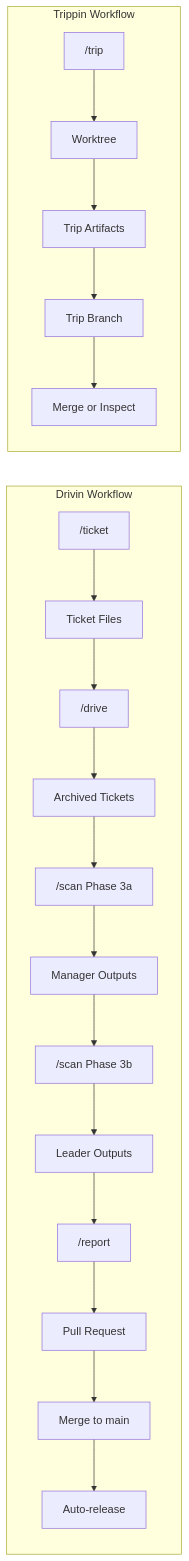
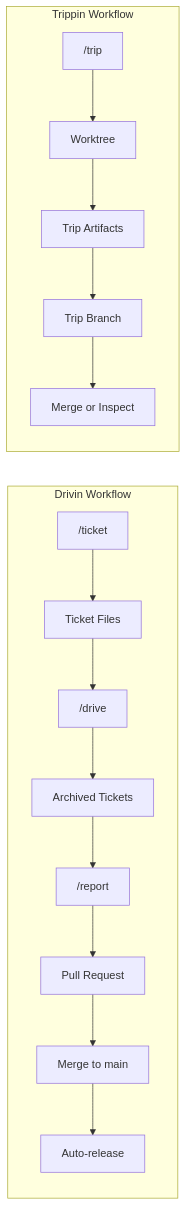
Before and after one commit to qmu/workaholic: the fourth of 4 diagrams in .workaholic/specs/usecase.md, drawn with Mermaid. The commit also changed other lines of this file and 12 other files, not shown here.

````diff
--- a/.workaholic/specs/usecase.md
+++ b/.workaholic/specs/usecase.md
@@ -382,23 +344,19 @@
 ```mermaid
 flowchart LR
     subgraph "Drivin Workflow"
         T["/ticket"] --> TD[Ticket Files]
         TD --> D["/drive"]
         D --> AT[Archived Tickets]
-        AT --> SP3a["/scan Phase 3a"]
-        SP3a --> MO[Manager Outputs]
-        MO --> SP3b["/scan Phase 3b"]
-        SP3b --> LO[Leader Outputs]
-        LO --> R["/report"]
+        AT --> R["/report"]
         R --> PR[Pull Request]
         PR --> M[Merge to main]
         M --> REL[Auto-release]
     end
 
     subgraph "Trippin Workflow"
         TR["/trip"] --> WT[Worktree]
         WT --> Arts[Trip Artifacts]
         Arts --> Branch[Trip Branch]
         Branch --> Merge[Merge or Inspect]
     end
 ```
````
